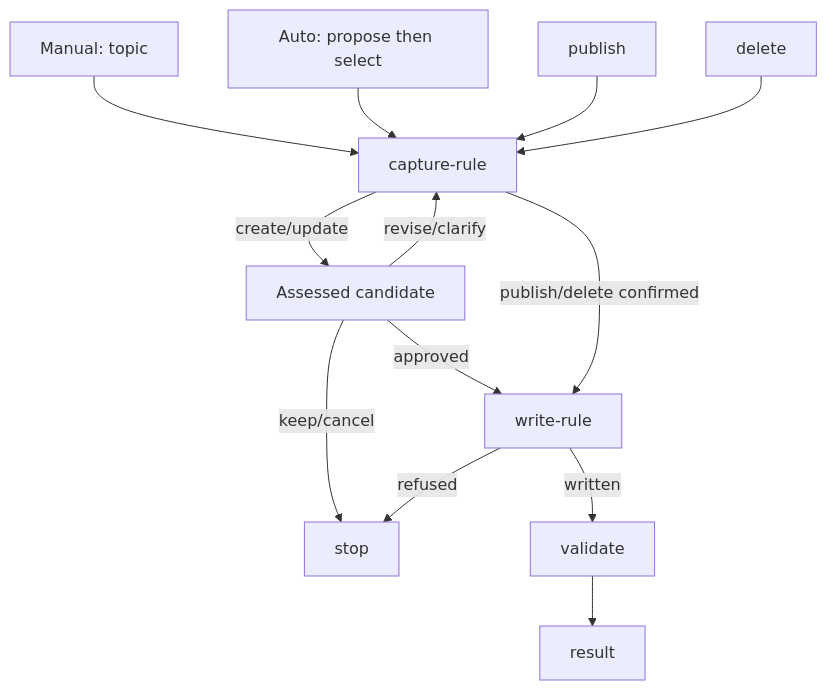
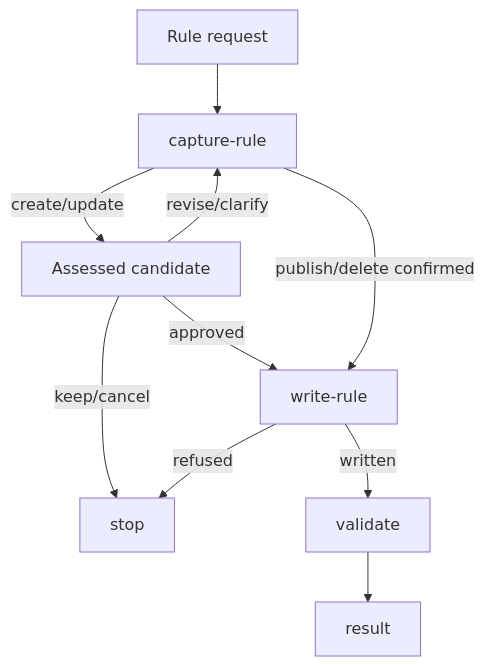
The diagram in plugins/aidd-context/skills/05-rule-generate/SKILL.md (ai-driven-dev/framework), drawn with Mermaid before and after one commit. The commit also changed other lines of this file and 5 other files, not shown here.

````diff
--- a/plugins/aidd-context/skills/05-rule-generate/SKILL.md
+++ b/plugins/aidd-context/skills/05-rule-generate/SKILL.md
@@ -9,14 +9,12 @@
 ```mermaid
 flowchart TD
-  manual[Manual: topic] --> capture-rule
-  auto[Auto: propose then select] --> capture-rule
-  publish & delete --> capture-rule
+  request[Rule request] --> capture-rule
   capture-rule -->|create/update| decision[Assessed candidate]
   decision -->|revise/clarify| capture-rule
   decision -->|keep/cancel| stop
   decision -->|approved| write-rule
   capture-rule -->|publish/delete confirmed| write-rule
   write-rule -->|written| validate
   write-rule -->|refused| stop
   validate --> result
 ```
````
